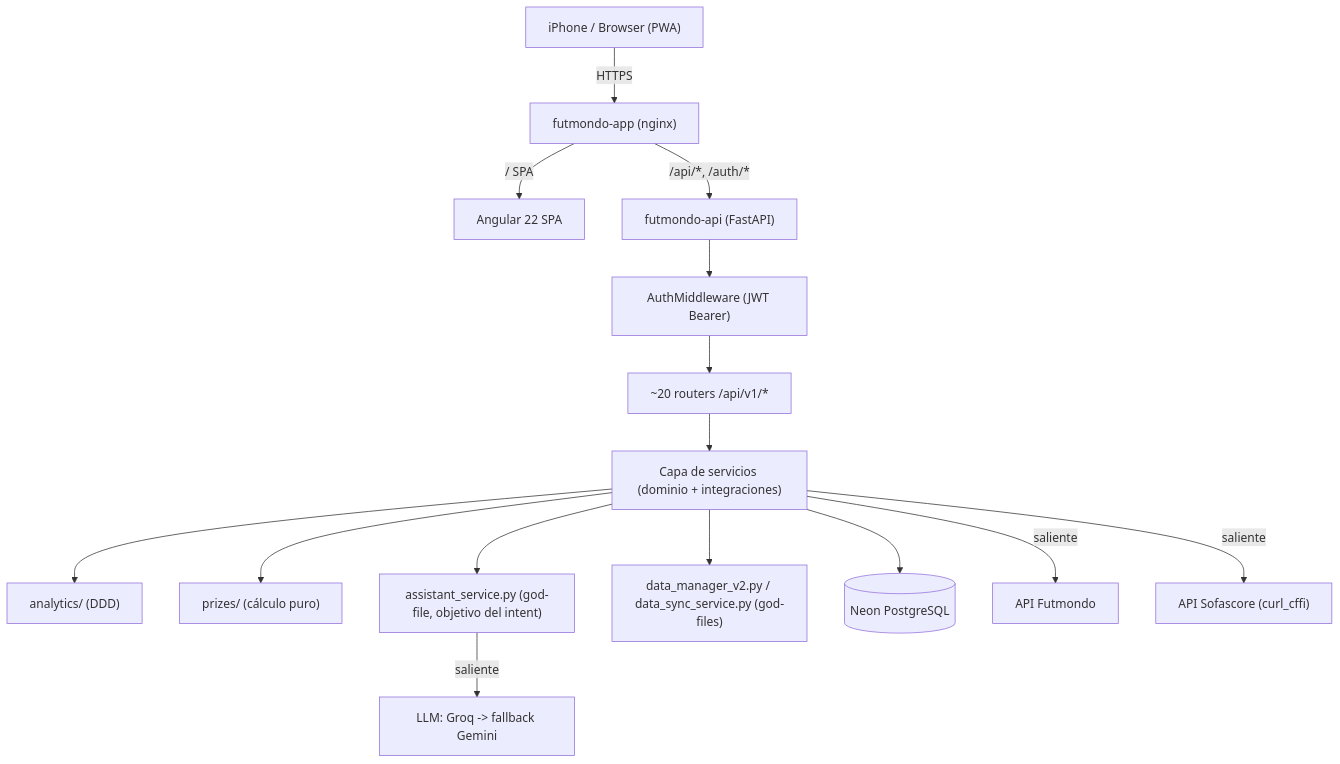
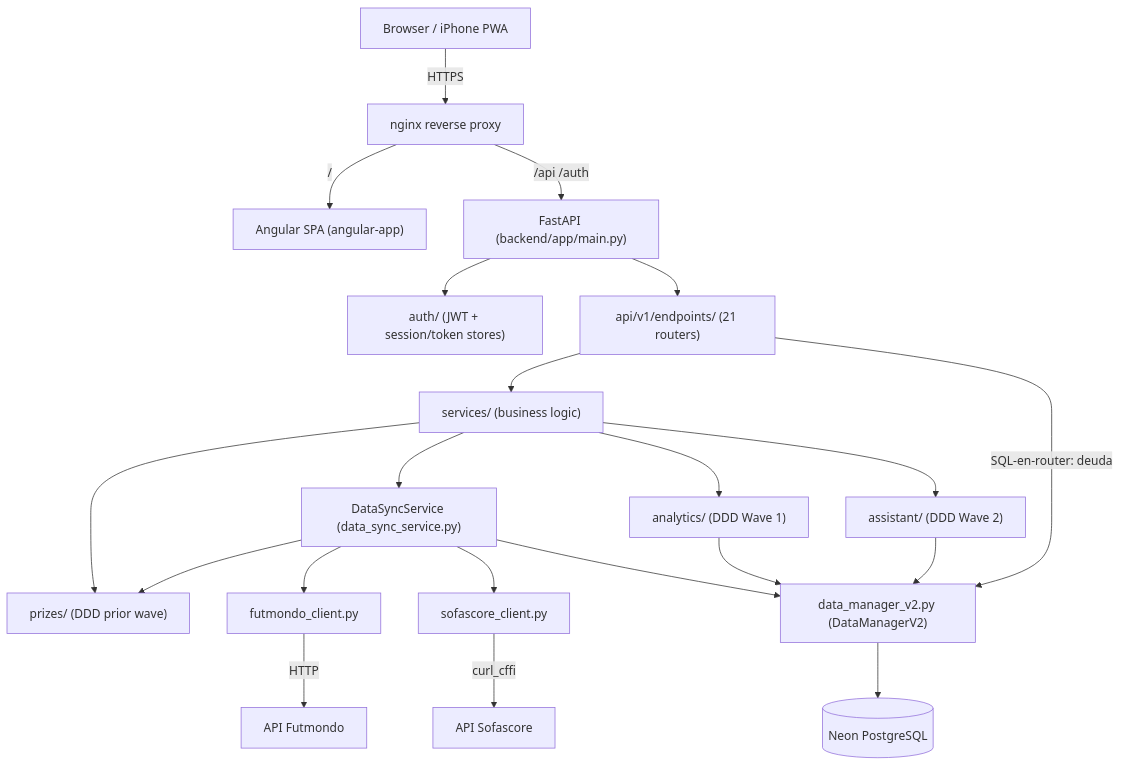
The first of 3 diagrams in aidlc/spaces/default/codekb/futmondo-analytics/architecture.md (Mutinho/futmondo-analytics), drawn with Mermaid before and after one commit. The commit also changed other lines of this file and 48 other files, not shown here.

First line of the commit message:
chore(aidlc): registro del workflow del intent sync-god-file (Oleada 3)

````diff
--- a/aidlc/spaces/default/codekb/futmondo-analytics/architecture.md
+++ b/aidlc/spaces/default/codekb/futmondo-analytics/architecture.md
@@ -30,17 +24,27 @@
 ```mermaid
 graph TD
-  Browser["iPhone / Browser (PWA)"] -->|HTTPS| Nginx["futmondo-app (nginx)"]
-  Nginx -->|/ SPA| Angular["Angular 22 SPA"]
-  Nginx -->|/api/*, /auth/*| API["futmondo-api (FastAPI)"]
-  API --> Auth["AuthMiddleware (JWT Bearer)"]
-  Auth --> Routers["~20 routers /api/v1/*"]
-  Routers --> Services["Capa de servicios (dominio + integraciones)"]
-  Services --> Analytics["analytics/ (DDD)"]
-  Services --> Prizes["prizes/ (cálculo puro)"]
-  Services --> Assistant["assistant_service.py (god-file, objetivo del intent)"]
-  Services --> GodFiles["data_manager_v2.py / data_sync_service.py (god-files)"]
-  Services --> DB[("Neon PostgreSQL")]
-  Services -->|saliente| Futmondo["API Futmondo"]
-  Services -->|saliente| Sofascore["API Sofascore (curl_cffi)"]
-  Assistant -->|saliente| LLM["LLM: Groq -> fallback Gemini"]
+  Browser["Browser / iPhone PWA"] -->|HTTPS| Nginx["nginx reverse proxy"]
+  Nginx -->|/| NG["Angular SPA (angular-app)"]
+  Nginx -->|/api /auth| API["FastAPI (backend/app/main.py)"]
+
+  API --> Auth["auth/ (JWT + session/token stores)"]
+  API --> Routers["api/v1/endpoints/ (21 routers)"]
+
+  Routers --> Services["services/ (business logic)"]
+  Services --> DSS["DataSyncService (data_sync_service.py)"]
+  Services --> Analytics["analytics/ (DDD Wave 1)"]
+  Services --> Assistant["assistant/ (DDD Wave 2)"]
+  Services --> Prizes["prizes/ (DDD prior wave)"]
+
+  DSS --> FClient["futmondo_client.py"]
+  DSS --> SClient["sofascore_client.py"]
+  DSS --> Prizes
+  DSS --> DM["data_manager_v2.py (DataManagerV2)"]
+  Analytics --> DM
+  Assistant --> DM
+  Routers -->|SQL-en-router: deuda| DM
+
+  DM --> Neon[("Neon PostgreSQL")]
+  FClient -->|HTTP| Futmondo["API Futmondo"]
+  SClient -->|curl_cffi| Sofascore["API Sofascore"]
 ```
````
